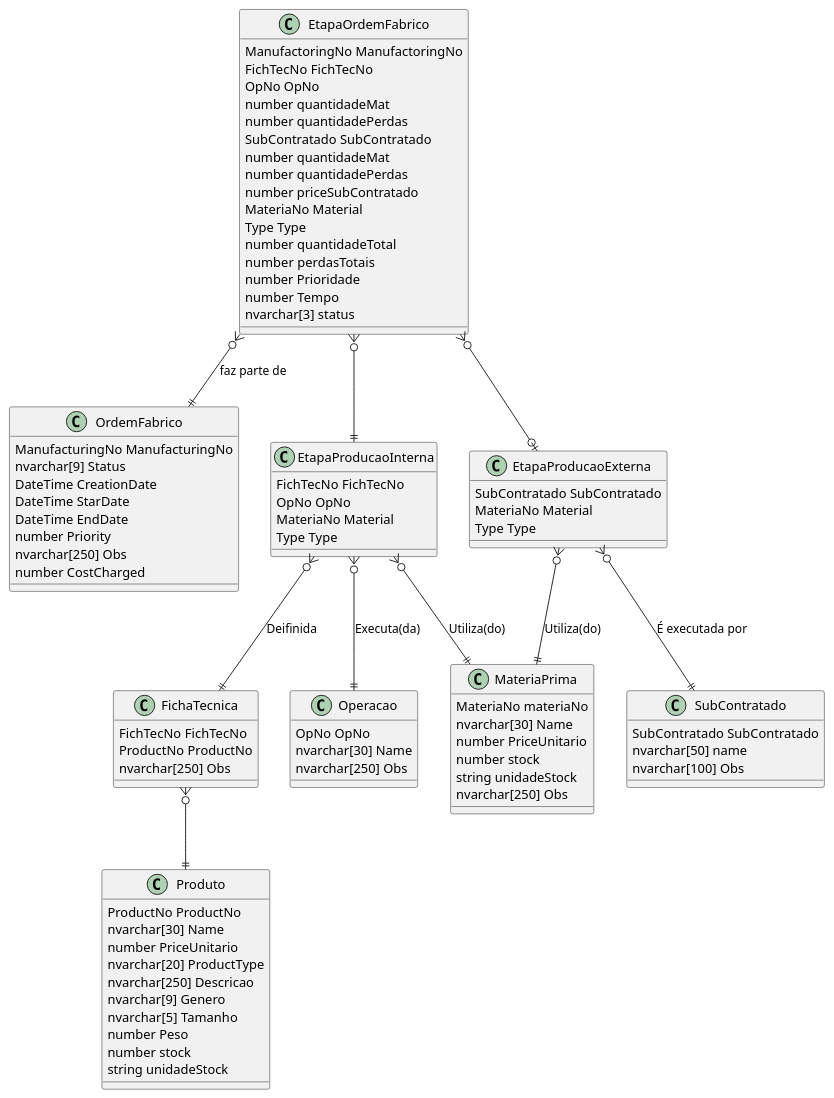
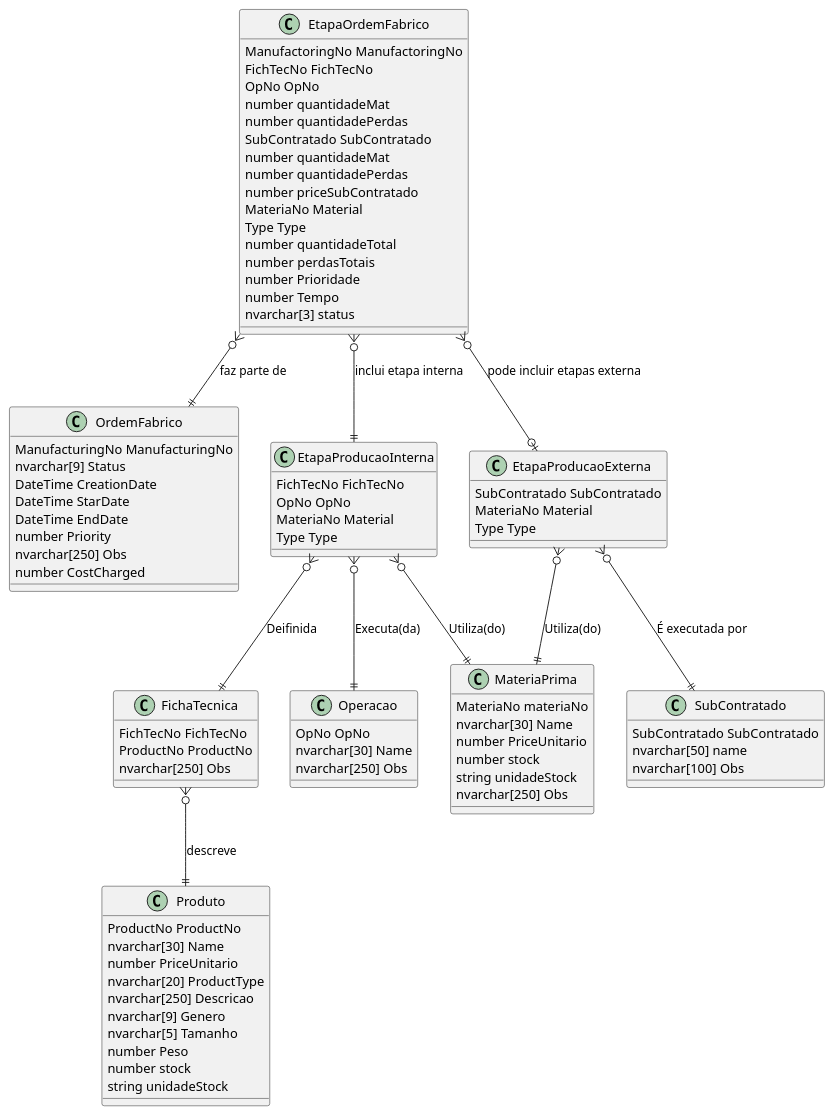
Before and after one commit to Arturito2005/TrabalhoBD: the diagram in DesenhoLogico/Normalizacao/NormalizacaoNova.plantuml, drawn with PlantUML.

```diff
--- a/DesenhoLogico/Normalizacao/NormalizacaoNova.plantuml
+++ b/DesenhoLogico/Normalizacao/NormalizacaoNova.plantuml
@@ -1,116 +1,116 @@
 @startuml teste 
 
 
 class OrdemFabrico {
     ManufacturingNo ManufacturingNo
     nvarchar[9] Status 
     DateTime CreationDate
     DateTime StarDate
     DateTime EndDate
     number Priority
     nvarchar[250] Obs
     number CostCharged
 }
 
 class MateriaPrima {
     MateriaNo materiaNo
     nvarchar[30] Name
     number PriceUnitario
     number stock 
     string unidadeStock
     nvarchar[250] Obs
 }
 
 class Operacao {
     OpNo OpNo 
     nvarchar[30] Name 
     nvarchar[250] Obs
 }
 
 class SubContratado {
     SubContratado SubContratado
     nvarchar[50] name
     nvarchar[100] Obs
 }
 
 class FichaTecnica {
     FichTecNo FichTecNo
     ProductNo ProductNo   
     nvarchar[250] Obs
 }
 
 class Produto {
     ProductNo ProductNo
     nvarchar[30] Name 
     number PriceUnitario 
     nvarchar[20] ProductType
     nvarchar[250] Descricao
     nvarchar[9] Genero
     nvarchar[5] Tamanho
     number Peso
     number stock 
     string unidadeStock
 }
 
 
 class EtapaProducaoInterna {
     FichTecNo FichTecNo
     OpNo OpNo
     MateriaNo Material
     Type Type
 }
 
 /'
 A quantidade seria a quantidade enviada nos materias de entrda ou 
 a enviada nos materiais de Saida
 '/
 class EtapaProducaoExterna {
     SubContratado SubContratado
     MateriaNo Material 
     Type Type
 }
 
 /'
 Verficiar se o MAterial e sempre um Material Final
 '/
 class EtapaOrdemFabrico {
     ManufactoringNo ManufactoringNo
     FichTecNo FichTecNo
     OpNo OpNo
     number quantidadeMat
     number quantidadePerdas
     SubContratado SubContratado
     number quantidadeMat
     number quantidadePerdas
     number priceSubContratado
     MateriaNo Material 
     Type Type
     number quantidadeTotal
     number perdasTotais
     number Prioridade
     number Tempo
     nvarchar[3] status
 }
 
 /'
 Etapa Producao Interna
 '/
 EtapaProducaoInterna }o--|| FichaTecnica: Deifinida
 EtapaProducaoInterna }o--|| MateriaPrima: Utiliza(do)
 EtapaProducaoInterna }o--|| Operacao: Executa(da)
 
 /'
 Etapa de Produção Externa
 '/
 EtapaProducaoExterna }o--|| SubContratado: É executada por
 EtapaProducaoExterna }o--|| MateriaPrima: Utiliza(do)
 
 /'
 Etapas da Ordem de Fabrico
 '/
 EtapaOrdemFabrico }o--|| OrdemFabrico: faz parte de
-EtapaOrdemFabrico }o--|| EtapaProducaoInterna
-EtapaOrdemFabrico }o--o| EtapaProducaoExterna
+EtapaOrdemFabrico }o--|| EtapaProducaoInterna: inclui etapa interna
+EtapaOrdemFabrico }o--o| EtapaProducaoExterna: pode incluir etapas externa
 
-FichaTecnica }o--|| Produto
+FichaTecnica }o--|| Produto: descreve
 @end
```
